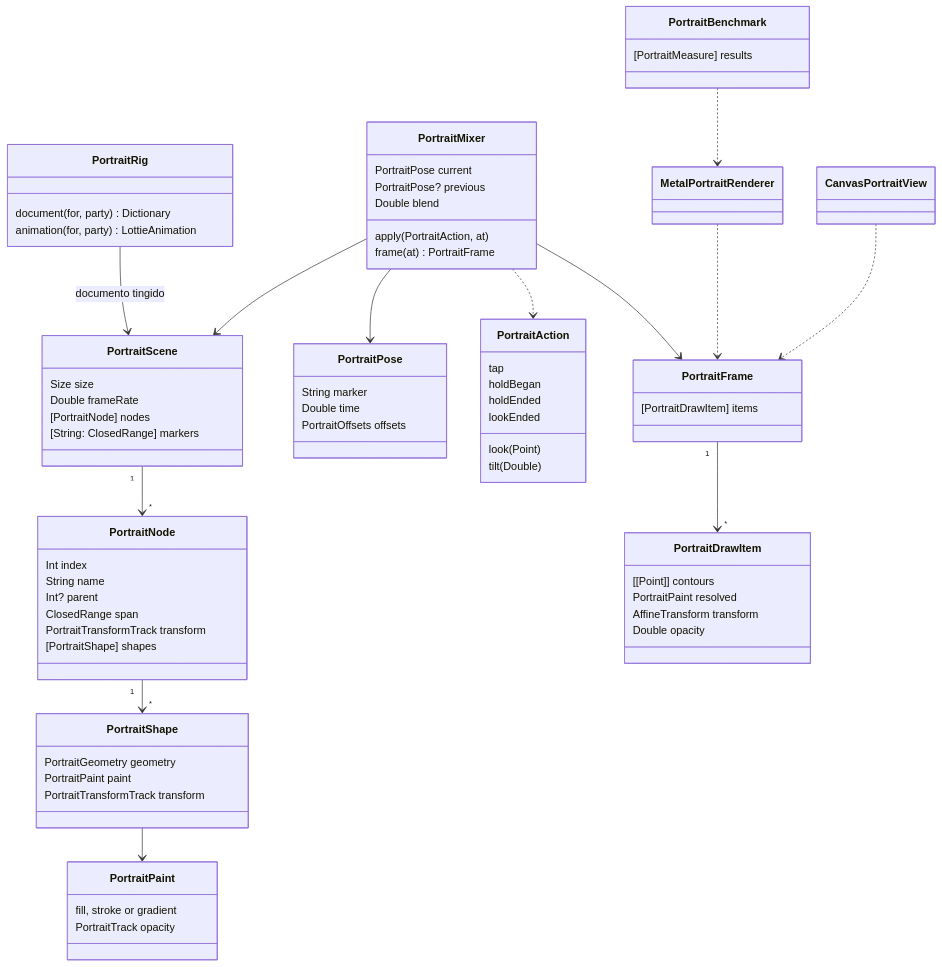
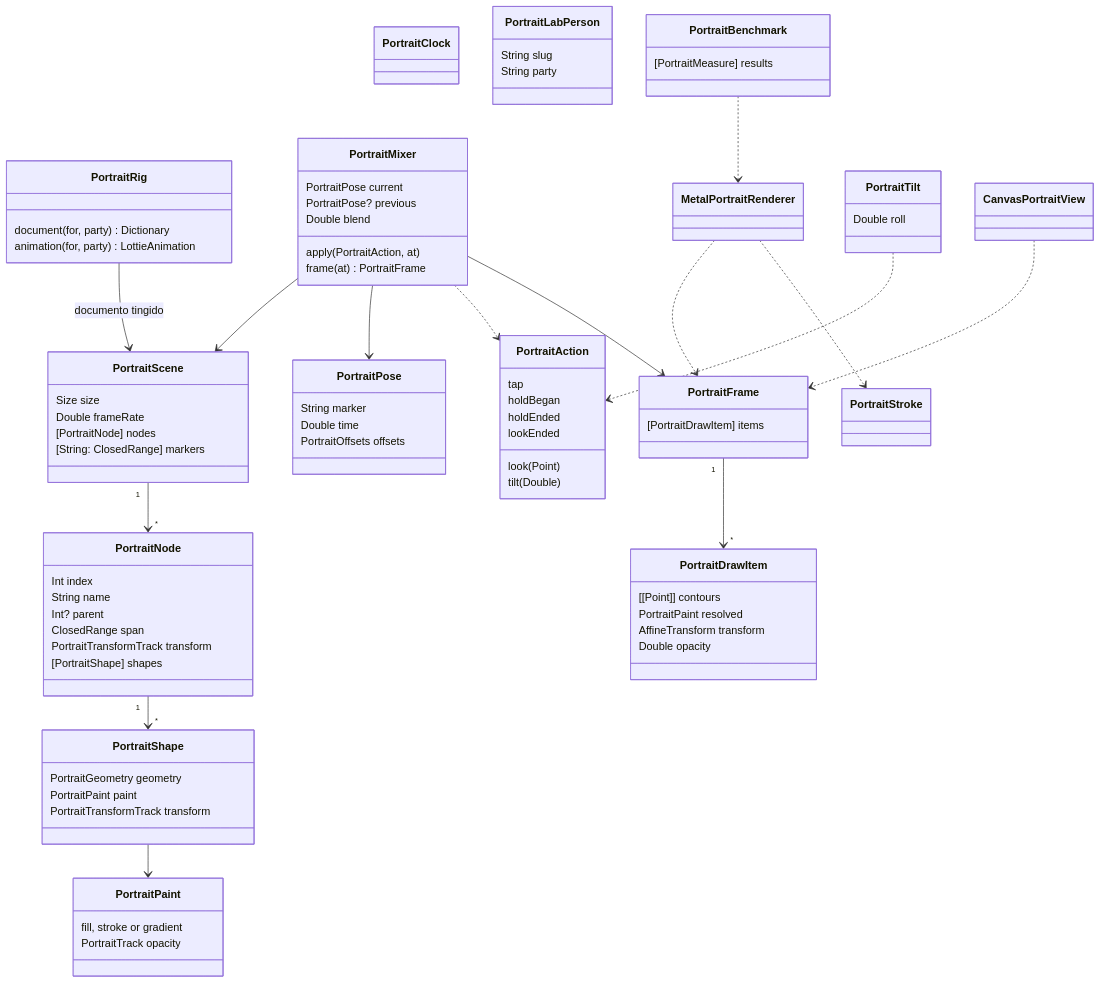
The diagram in spdd/prompt/FSC-025-202611061422-[Feat]-portraits-metal-proof.md (byescaleira/fiscal), drawn with Mermaid before and after one commit. The commit also changed other lines of this file and 6 other files, not shown here.

````diff
--- a/spdd/prompt/FSC-025-202611061422-[Feat]-portraits-metal-proof.md
+++ b/spdd/prompt/FSC-025-202611061422-[Feat]-portraits-metal-proof.md
@@ -82,6 +82,15 @@
     tilt(Double)
   }
   class MetalPortraitRenderer
+  class PortraitStroke
+  class PortraitClock
+  class PortraitTilt {
+    Double roll
+  }
+  class PortraitLabPerson {
+    String slug
+    String party
+  }
   class CanvasPortraitView
   class PortraitBenchmark {
     [PortraitMeasure] results
@@ -98,4 +107,6 @@
   MetalPortraitRenderer ..> PortraitFrame
   CanvasPortraitView ..> PortraitFrame
   PortraitBenchmark ..> MetalPortraitRenderer
+  MetalPortraitRenderer ..> PortraitStroke
+  PortraitTilt ..> PortraitAction
 ```
````
